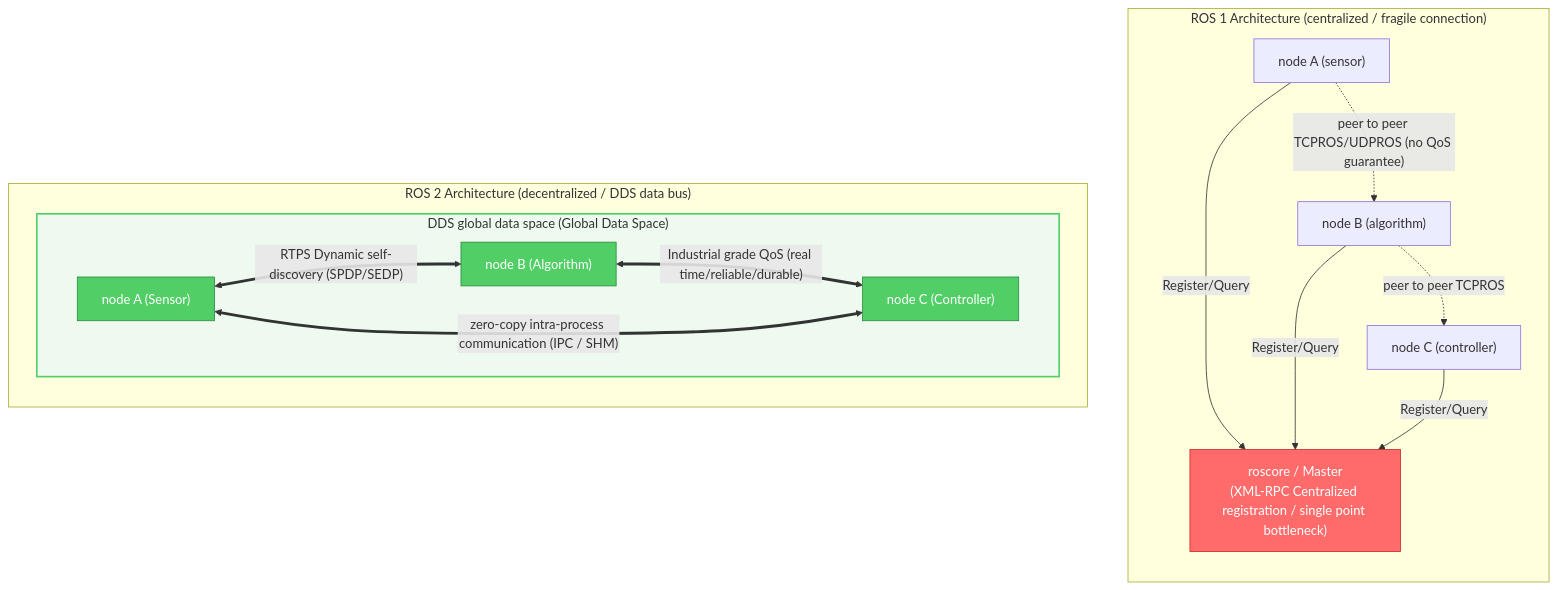
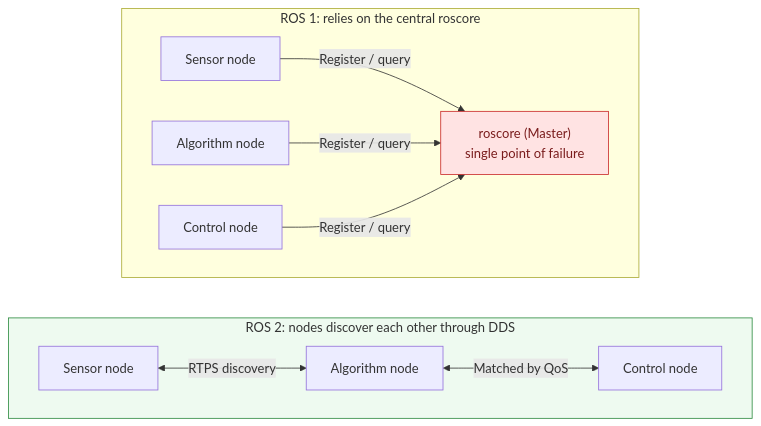
The first of 21 diagrams in _translations/en/research/ROS2-Survey.md (TingdeLiu/tingdeliu.github.io), drawn with Mermaid before and after one commit. The commit also changed other lines of this file and 2 other files, not shown here.

First line of the commit message:
Sync the English ROS 2 guide with the Chinese layout revision

````diff
--- a/_translations/en/research/ROS2-Survey.md
+++ b/_translations/en/research/ROS2-Survey.md
@@ -50,29 +50,19 @@
 ```mermaid
 flowchart TB
-    subgraph ROS1["ROS 1 Architecture (centralized / fragile connection)"]
-        direction TB
-        Master["roscore / Master<br/>(XML-RPC Centralized registration / single point bottleneck)"]
-        N1["node A (sensor)"] -->|"Register/Query"| Master
-        N2["node B (algorithm)"] -->|"Register/Query"| Master
-        N3["node C (controller)"] -->|"Register/Query"| Master
-        N1 -.->|"peer to peer TCPROS/UDPROS (no QoS guarantee)"| N2
-        N2 -.->|"peer to peer TCPROS"| N3
-        style Master fill:#ff6b6b,stroke:#c92a2a,color:#fff
+    subgraph ROS1["ROS 1: relies on the central roscore"]
+        direction LR
+        N1["Sensor node"] -->|Register / query| Master["roscore (Master)<br/>single point of failure"]
+        N2["Algorithm node"] -->|Register / query| Master
+        N3["Control node"] -->|Register / query| Master
+        style Master fill:#ffe3e3,stroke:#c92a2a,color:#7a1c1c
     end
 
-    subgraph ROS2["ROS 2 Architecture (decentralized / DDS data bus)"]
-        direction TB
-        subgraph Bus["DDS global data space (Global Data Space)"]
-            P1["node A (Sensor)"]
-            P2["node B (Algorithm)"]
-            P3["node C (Controller)"]
-            P1 <==>|"RTPS Dynamic self-discovery (SPDP/SEDP)"| P2
-            P2 <==>|"Industrial grade QoS (real time/reliable/durable)"| P3
-            P1 <==>|"zero-copy intra-process communication (IPC / SHM)"| P3
-        end
-        style Bus fill:#eefaf0,stroke:#51cf66,stroke-width:2px
-        style P1 fill:#51cf66,stroke:#2b8a3e,color:#fff
-        style P2 fill:#51cf66,stroke:#2b8a3e,color:#fff
-        style P3 fill:#51cf66,stroke:#2b8a3e,color:#fff
+    subgraph ROS2["ROS 2: nodes discover each other through DDS"]
+        direction LR
+        P1["Sensor node"] <-->|RTPS discovery| P2["Algorithm node"]
+        P2 <-->|Matched by QoS| P3["Control node"]
+        style ROS2 fill:#eefaf0,stroke:#2b8a3e
     end
+
+    ROS1 ~~~ ROS2
 ```
````
